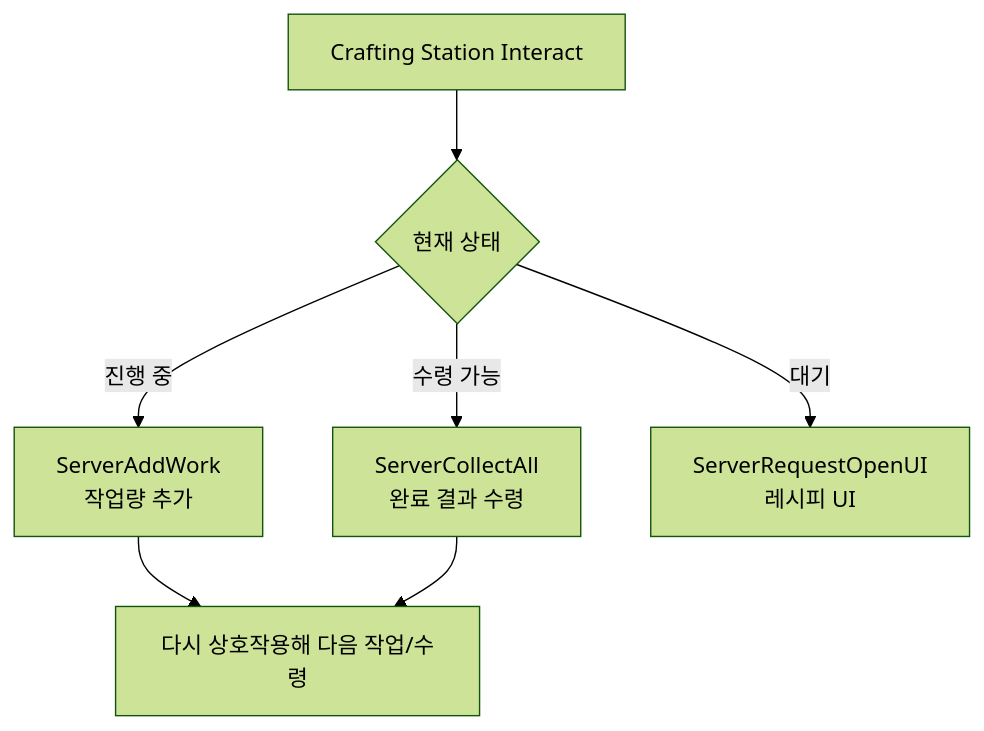
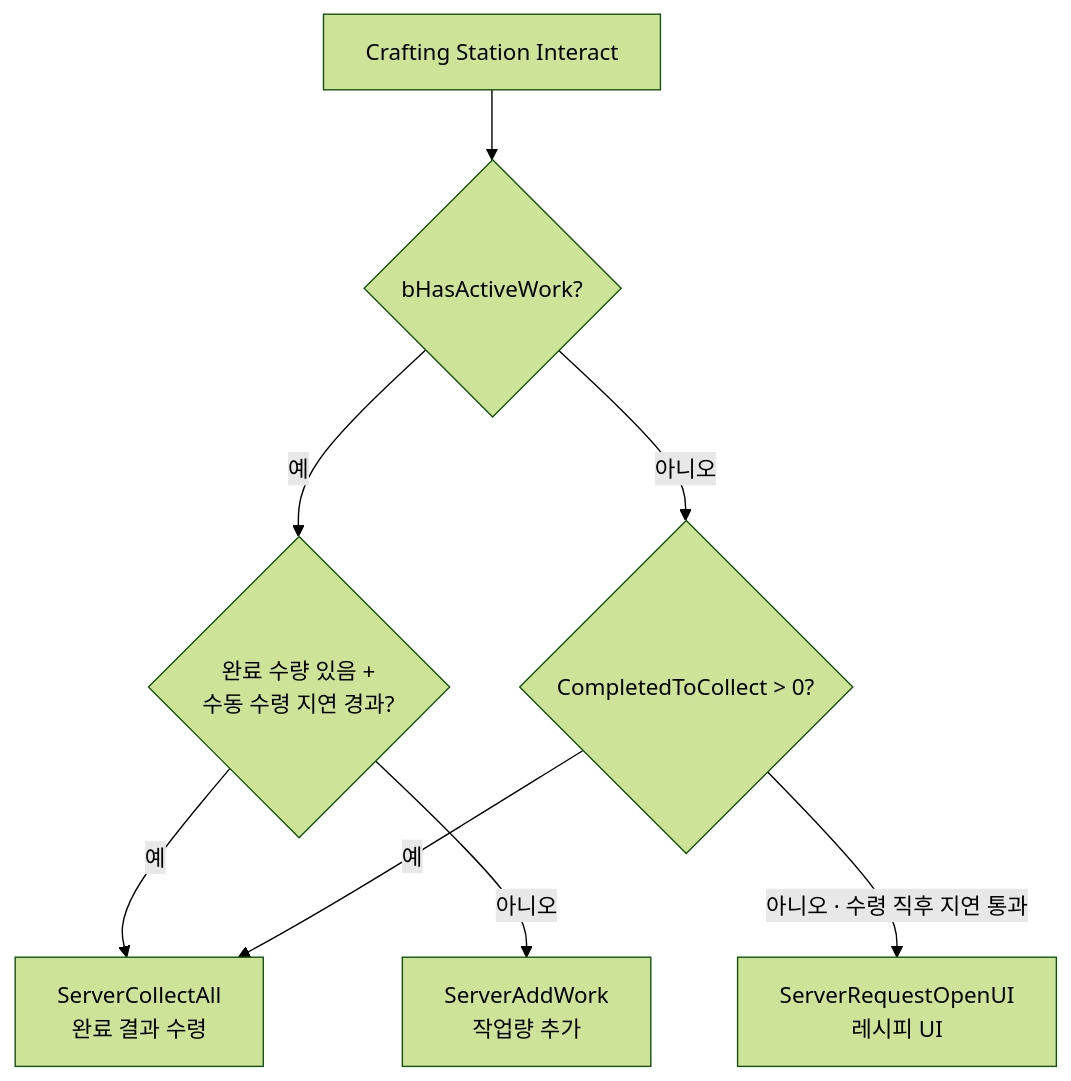
Before and after one commit to chungheonLee0325/Sonheim: the second of 2 diagrams in Doc/Wiki/06_World_Interaction_Systems.md, drawn with Mermaid (forest theme).

Commit message:
docs: reflect crafting active-work priority and manual collection delay

```diff
--- a/Doc/Wiki/06_World_Interaction_Systems.md
+++ b/Doc/Wiki/06_World_Interaction_Systems.md
@@ -147,9 +147,10 @@
 ~~~mermaid
 flowchart TB
-    INTERACT["Crafting Station Interact"] --> CHECK{"현재 상태"}
-    CHECK -->|"수령 가능"| COLLECT["ServerCollectAll<br/>완료 결과 수령"]
-    CHECK -->|"진행 중"| WORK["ServerAddWork<br/>작업량 추가"]
-    CHECK -->|"대기"| OPEN["ServerRequestOpenUI<br/>레시피 UI"]
-    WORK --> AGAIN["다시 상호작용해 다음 작업/수령"]
-    COLLECT --> AGAIN
+    INTERACT["Crafting Station Interact"] --> ACTIVE{"bHasActiveWork?"}
+    ACTIVE -->|"예"| WAIT{"완료 수량 있음 +<br/>수동 수령 지연 경과?"}
+    WAIT -->|"예"| COLLECT["ServerCollectAll<br/>완료 결과 수령"]
+    WAIT -->|"아니오"| WORK["ServerAddWork<br/>작업량 추가"]
+    ACTIVE -->|"아니오"| READY{"CompletedToCollect > 0?"}
+    READY -->|"예"| COLLECT
+    READY -->|"아니오 · 수령 직후 지연 통과"| OPEN["ServerRequestOpenUI<br/>레시피 UI"]
 ~~~
```
